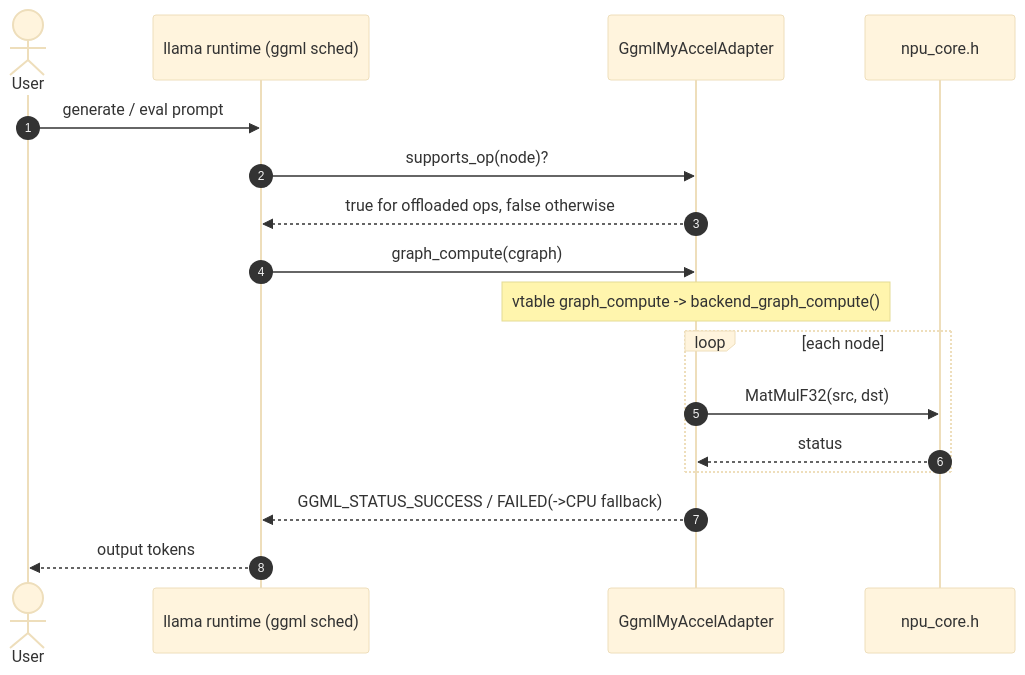
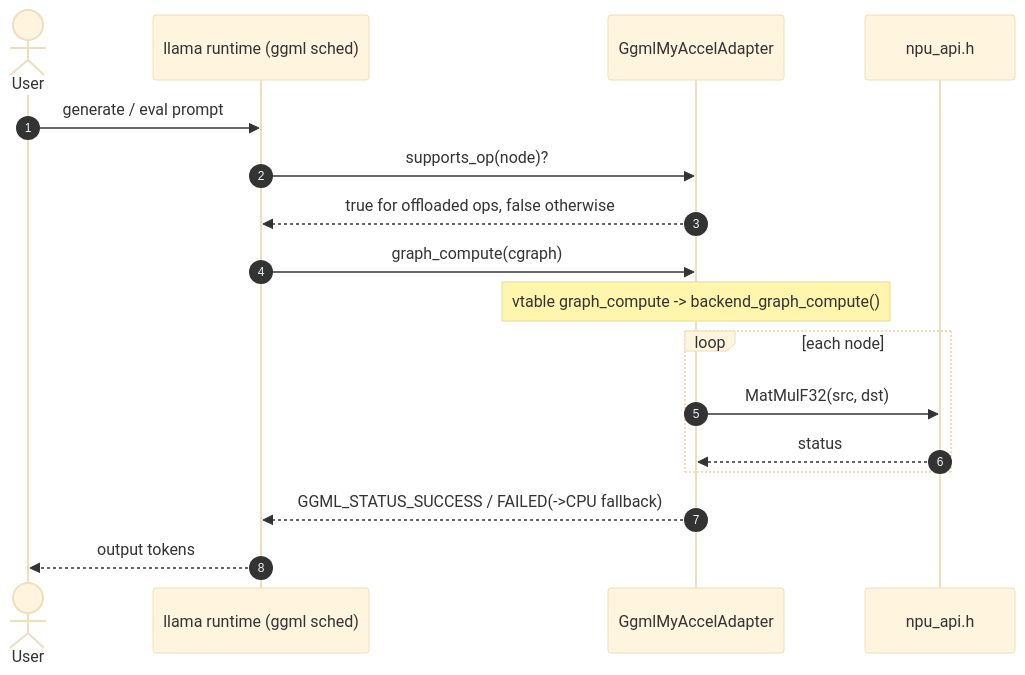
Before and after one commit to froginaz/onnxruntime: the fifth of 6 diagrams in shared_backend/docs/design.md, drawn with Mermaid (base theme). The commit also changed other lines of this file and 15 other files, not shown here.

````diff
--- a/shared_backend/docs/design.md
+++ b/shared_backend/docs/design.md
@@ -242,20 +248,20 @@
 ```mermaid
 sequenceDiagram
     autonumber
     actor User
     participant Sched as llama runtime (ggml sched)
     participant AD as GgmlMyAccelAdapter
-    participant NpuCore as npu_core.h
+    participant NpuCore as npu_api.h
 
     User->>Sched: generate / eval prompt
     Sched->>AD: supports_op(node)?
     AD-->>Sched: true for offloaded ops, false otherwise
     Sched->>AD: graph_compute(cgraph)
     Note over AD: vtable graph_compute -> backend_graph_compute()
     loop each node
         AD->>NpuCore: MatMulF32(src, dst)
         NpuCore-->>AD: status
     end
     AD-->>Sched: GGML_STATUS_SUCCESS / FAILED(->CPU fallback)
     Sched-->>User: output tokens
 ```
````
